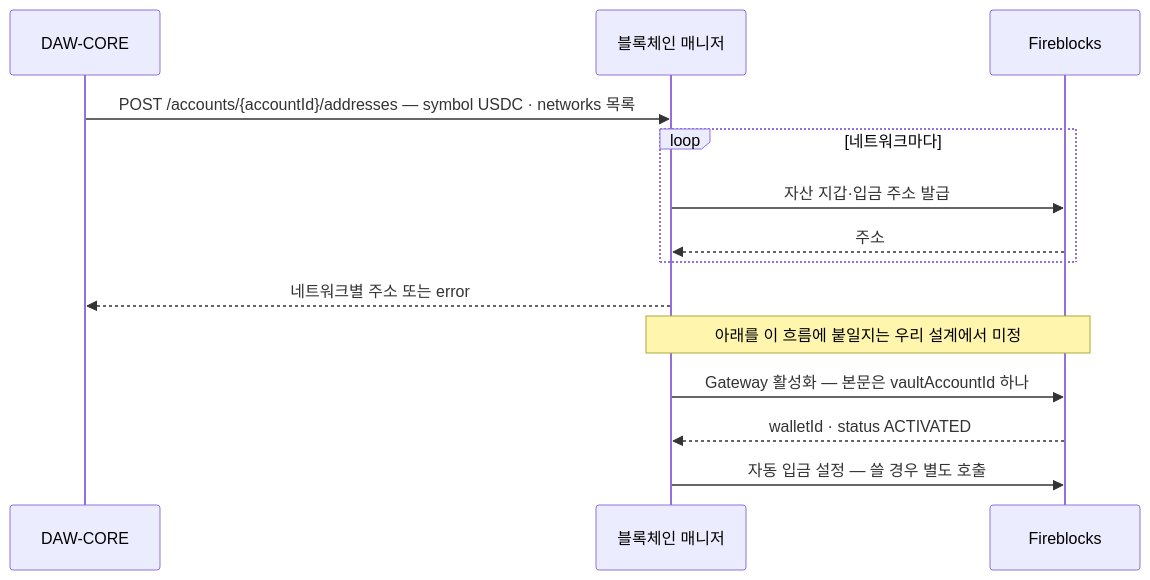
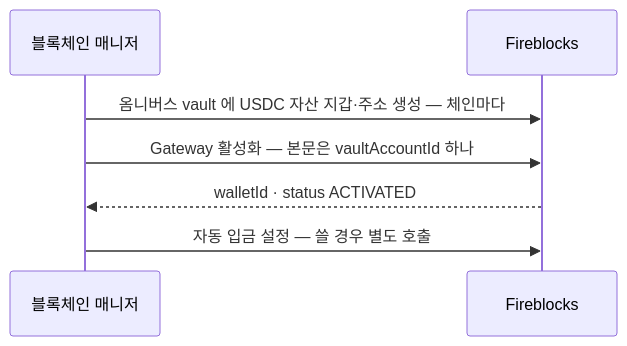
The first of 3 diagrams in blockchain-manager/docs/블록체인매니저/브릿지/03-usdc-gateway.md (eunsujeo/eunpus), drawn with Mermaid before and after one commit. The commit also changed other lines of this file and 2 other files, not shown here.

Commit message:
Gateway 배치를 구성 A 로 확정 — 옴니버스에만 활성화
- 04 제목·리드를 채택 결정으로. 두 구성은 채택·미채택으로 표기하고 표는
  근거로 유지
- 따라오는 것 셋 추가 — 활성화가 운영 초기 1회라 고객 주소 발급 흐름과
  무관해지고, 승인 거래는 체인 수만큼이며, 자동 입금 임계는 옴니버스
  하나뿐이라 sweep 과 경쟁하지 않는다
- 03 활성화 흐름을 운영 초기 1회로 다시 그림. DAW-CORE 주소 발급에서
  시작하던 그림은 고객 vault 활성화를 전제한 것이라 맞지 않았다
- 03 미확인에서 "주소 발급 API 안에서 활성화까지 할지(검토 중)" 와 "어느
  vault 에 붙일지" 제거 — 확정으로 해소됐다

````diff
--- a/blockchain-manager/docs/블록체인매니저/브릿지/03-usdc-gateway.md
+++ b/blockchain-manager/docs/블록체인매니저/브릿지/03-usdc-gateway.md
@@ -28,17 +28,10 @@
 ```mermaid
 sequenceDiagram
-  participant C as DAW-CORE
   participant M as 블록체인 매니저
   participant F as Fireblocks
 
-  C->>M: POST /accounts/{accountId}/addresses — symbol USDC · networks 목록
-  loop 네트워크마다
-    M->>F: 자산 지갑·입금 주소 발급
-    F-->>M: 주소
-  end
-  M-->>C: 네트워크별 주소 또는 error
-  Note over M,F: 아래를 이 흐름에 붙일지는 우리 설계에서 미정
+  M->>F: 옴니버스 vault 에 USDC 자산 지갑·주소 생성 — 체인마다
   M->>F: Gateway 활성화 — 본문은 vaultAccountId 하나
   F-->>M: walletId · status ACTIVATED
   M->>F: 자동 입금 설정 — 쓸 경우 별도 호출
 ```
````
